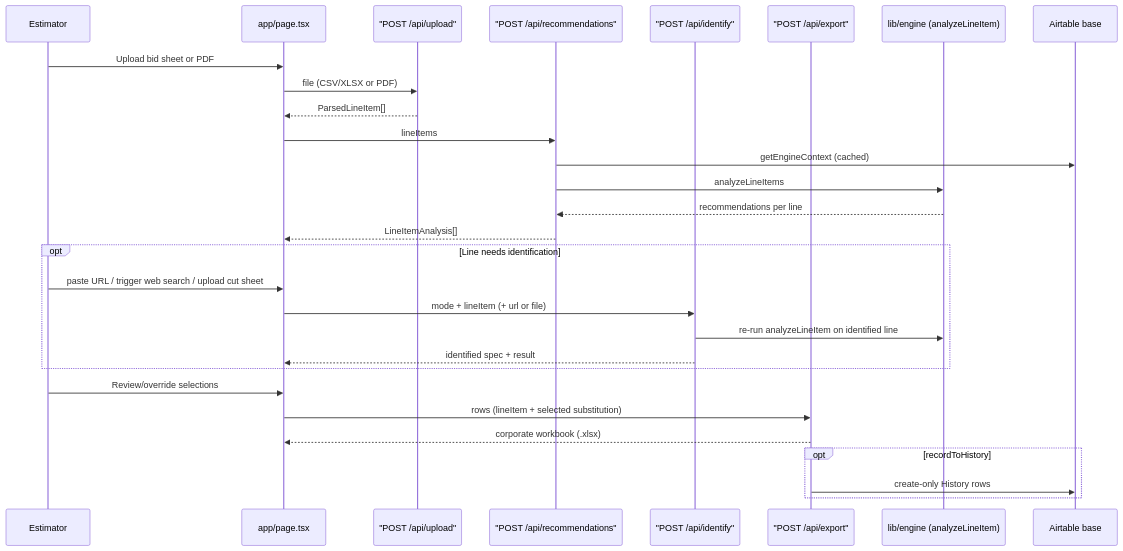
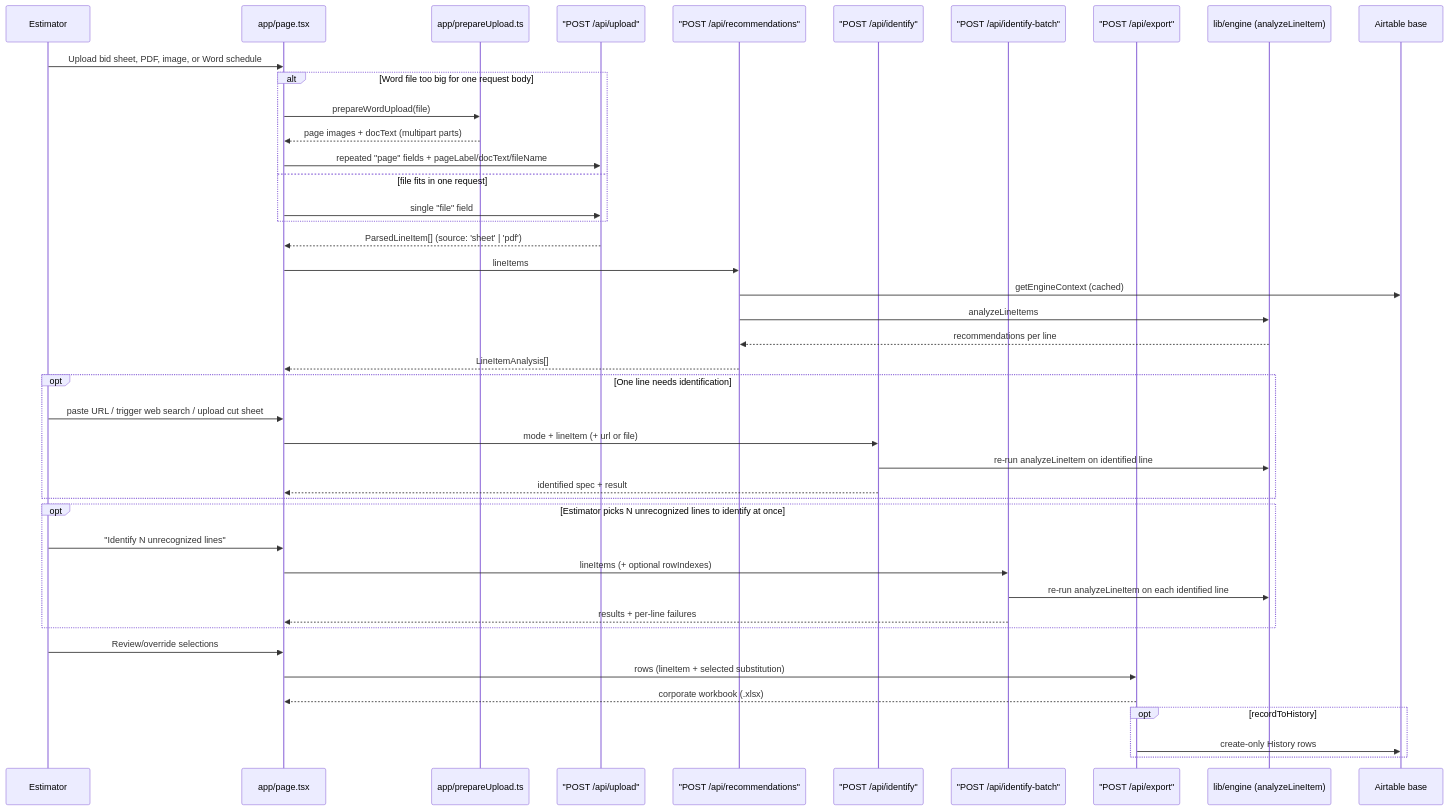
Before and after one commit to jesseww07/estimating_optimization: the diagram in openwiki/architecture/overview.md, drawn with Mermaid. The commit also changed other lines of this file and 23 other files, not shown here.

````diff
--- a/openwiki/architecture/overview.md
+++ b/openwiki/architecture/overview.md
@@ -20,32 +61,46 @@
 ```mermaid
 sequenceDiagram
     participant User as Estimator
     participant UI as app/page.tsx
+    participant Prep as app/prepareUpload.ts
     participant Upload as "POST /api/upload"
     participant Rec as "POST /api/recommendations"
     participant Identify as "POST /api/identify"
+    participant Batch as "POST /api/identify-batch"
     participant Export as "POST /api/export"
     participant Engine as lib/engine (analyzeLineItem)
     participant Airtable as Airtable base
 
-    User->>UI: Upload bid sheet or PDF
-    UI->>Upload: file (CSV/XLSX or PDF)
-    Upload-->>UI: ParsedLineItem[]
+    User->>UI: Upload bid sheet, PDF, image, or Word schedule
+    alt Word file too big for one request body
+        UI->>Prep: prepareWordUpload(file)
+        Prep-->>UI: page images + docText (multipart parts)
+        UI->>Upload: repeated "page" fields + pageLabel/docText/fileName
+    else file fits in one request
+        UI->>Upload: single "file" field
+    end
+    Upload-->>UI: ParsedLineItem[] (source: 'sheet' | 'pdf')
     UI->>Rec: lineItems
     Rec->>Airtable: getEngineContext (cached)
     Rec->>Engine: analyzeLineItems
     Engine-->>Rec: recommendations per line
     Rec-->>UI: LineItemAnalysis[]
-    opt Line needs identification
+    opt One line needs identification
         User->>UI: paste URL / trigger web search / upload cut sheet
         UI->>Identify: mode + lineItem (+ url or file)
         Identify->>Engine: re-run analyzeLineItem on identified line
         Identify-->>UI: identified spec + result
+    end
+    opt Estimator picks N unrecognized lines to identify at once
+        User->>UI: "Identify N unrecognized lines"
+        UI->>Batch: lineItems (+ optional rowIndexes)
+        Batch->>Engine: re-run analyzeLineItem on each identified line
+        Batch-->>UI: results + per-line failures
     end
     User->>UI: Review/override selections
     UI->>Export: rows (lineItem + selected substitution)
     Export-->>UI: corporate workbook (.xlsx)
     opt recordToHistory
         Export->>Airtable: create-only History rows
     end
 ```
````
